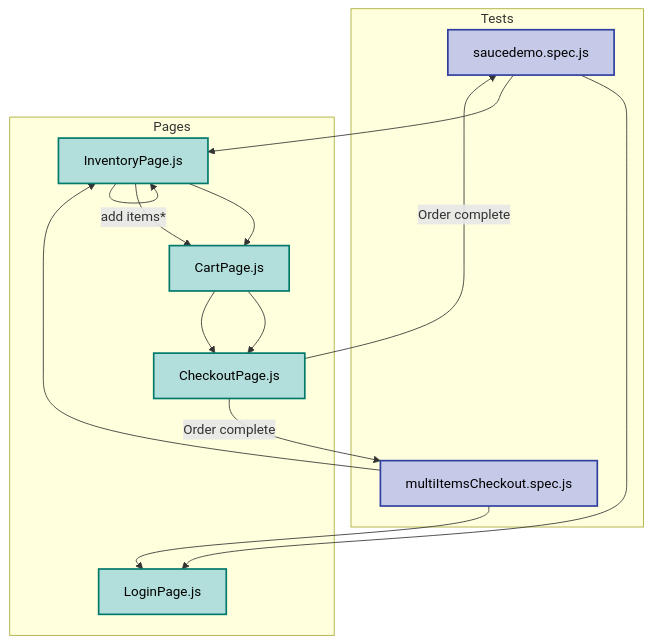
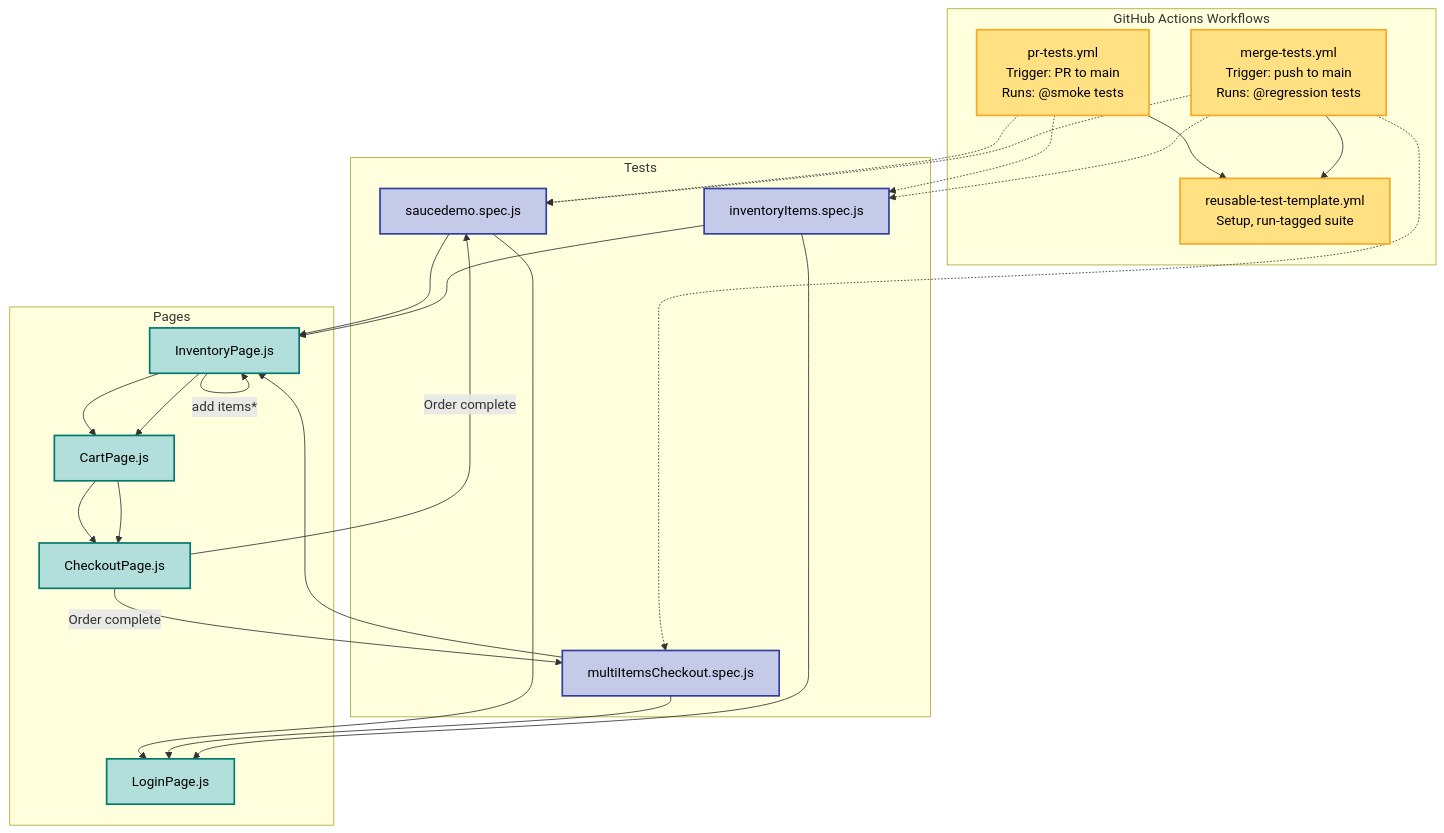
One commit to ravs788/playwrightpom changed the first of 2 diagrams in test-flow-diagram.md. Above: the diagram before and after it, drawn with Mermaid. The commit also changed other lines of this file and 1 other file, not shown here.

````diff
--- a/test-flow-diagram.md
+++ b/test-flow-diagram.md
@@ -3,40 +3,63 @@
 ```mermaid
 flowchart TD
+    %% ==================== GITHUB ACTIONS =====================
+    subgraph "GitHub Actions Workflows"
+        PR["pr-tests.yml<br/>Trigger: PR to main<br/>Runs: @smoke tests"]
+        MERGE["merge-tests.yml<br/>Trigger: push to main<br/>Runs: @regression tests"]
+        TEMPLATE["reusable-test-template.yml<br/>Setup, run-tagged suite"]
+    end
+
     %% ==================== TEST FILES =====================
     subgraph Tests
         SingleItemTest["saucedemo.spec.js"]
         MultiItemTest["multiItemsCheckout.spec.js"]
+        InventoryTest["inventoryItems.spec.js"]
     end
 
     %% =================== PAGE OBJECTS ====================
     subgraph Pages
         LoginPage["LoginPage.js"]
         InventoryPage["InventoryPage.js"]
         CartPage["CartPage.js"]
         CheckoutPage["CheckoutPage.js"]
     end
 
+    %% ================ CI -> TESTS TRIGGER FLOW ============
+    PR -.-> SingleItemTest
+    PR -.-> InventoryTest
+    MERGE -.-> SingleItemTest
+    MERGE -.-> MultiItemTest
+    MERGE -.-> InventoryTest
+
+    PR --> TEMPLATE
+    MERGE --> TEMPLATE
+
     %% ================ NAVIGATION FLOW ===================
     %% --- Single-item checkout ---
     SingleItemTest --> LoginPage
     SingleItemTest --> InventoryPage
     InventoryPage --> CartPage
     CartPage --> CheckoutPage
-    CheckoutPage -->|Order&nbsp;complete| SingleItemTest
+    CheckoutPage -->|"Order complete"| SingleItemTest
 
     %% --- Multi-item checkout (adds loop) ---
     MultiItemTest --> LoginPage
     MultiItemTest --> InventoryPage
-    InventoryPage -->|add items*| InventoryPage
+    InventoryPage -->|"add items*"| InventoryPage
     InventoryPage --> CartPage
     CartPage --> CheckoutPage
-    CheckoutPage -->|Order&nbsp;complete| MultiItemTest
+    CheckoutPage -->|"Order complete"| MultiItemTest
+
+    %% --- Inventory items regression test (direct) ---
+    InventoryTest --> LoginPage
+    InventoryTest --> InventoryPage
 
     %% ====================== STYLES =======================
     classDef test fill:#C5CAE9,stroke:#303F9F,stroke-width:2px,color:#000;
     classDef page fill:#B2DFDB,stroke:#00796B,stroke-width:2px,color:#000;
+    classDef ci fill:#FFE082,stroke:#F9A825,stroke-width:2px,color:#000;
 
-    class SingleItemTest,MultiItemTest test;
-class LoginPage,InventoryPage,CartPage,CheckoutPage page;
-
+    class PR,MERGE,TEMPLATE ci;
+    class SingleItemTest,MultiItemTest,InventoryTest test;
+    class LoginPage,InventoryPage,CartPage,CheckoutPage page;
 ```
````
